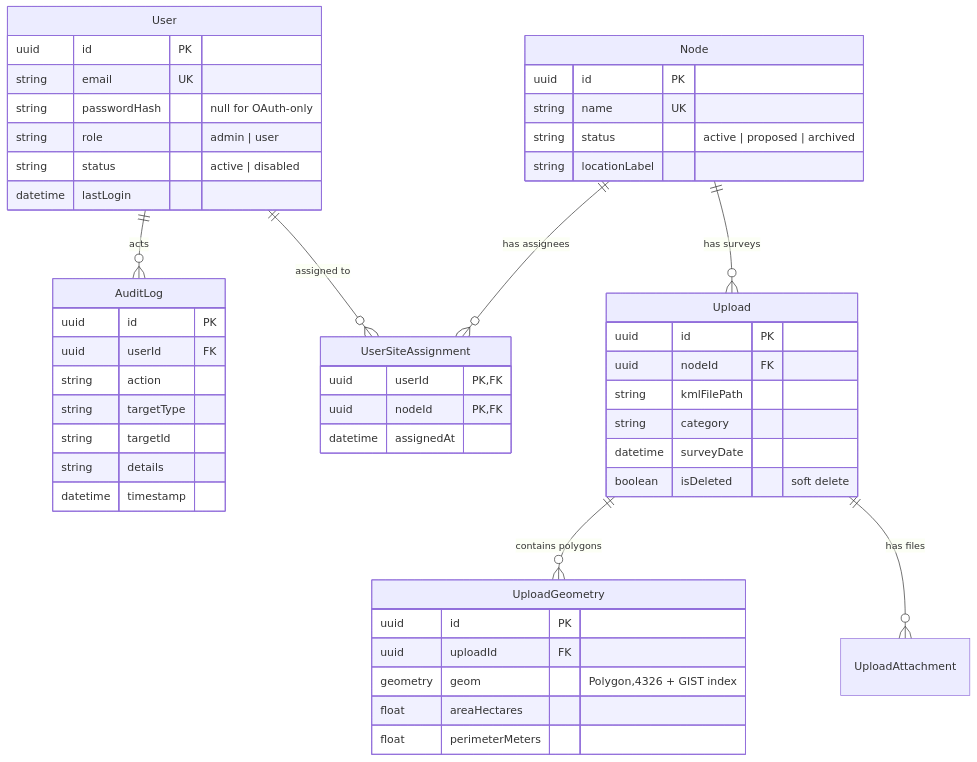
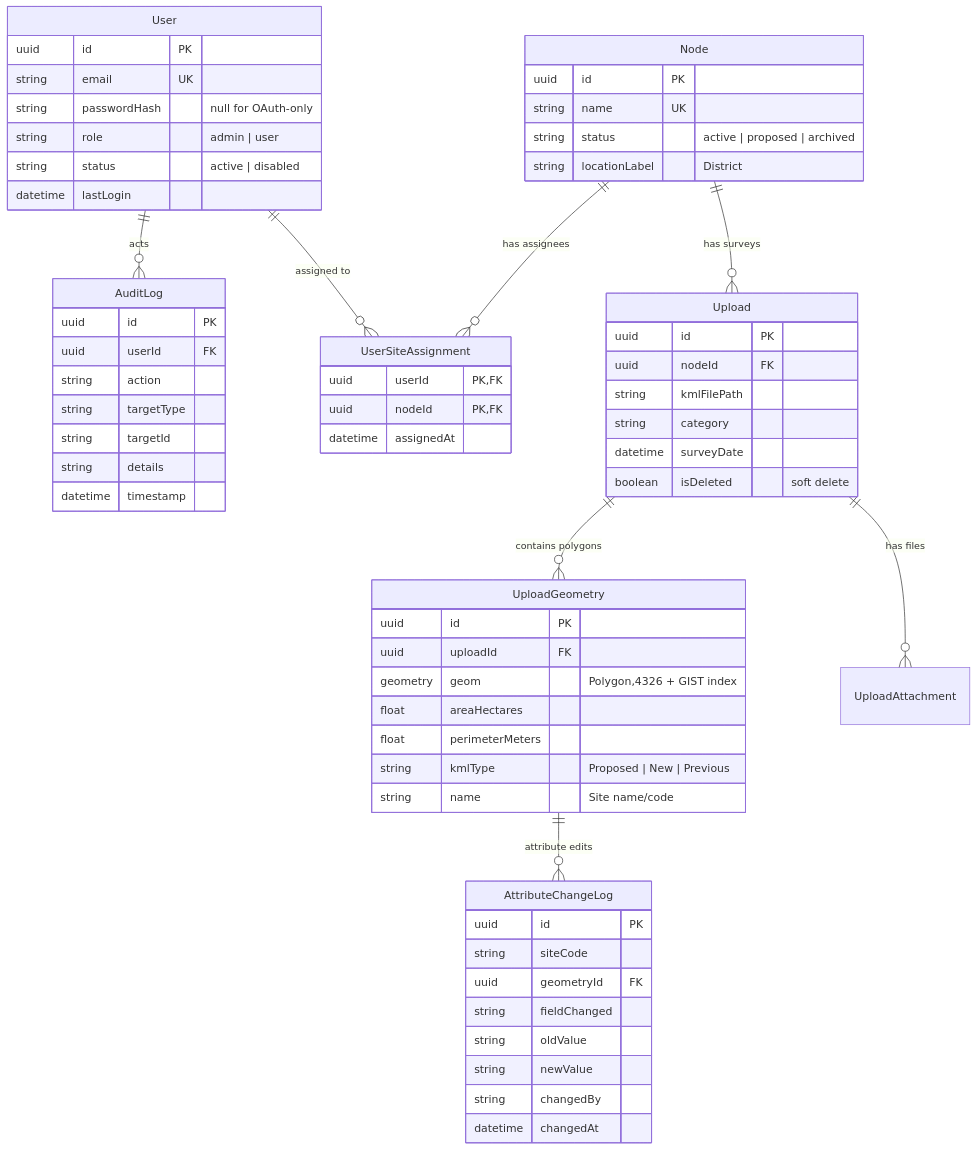
One commit to Anupamgt/minearchive changed the fourth of 6 diagrams in docs/system-design.md. Above: the diagram before and after it, drawn with Mermaid. The commit also changed other lines of this file and 21 other files, not shown here.

First line of the commit message:
feat: GIS attribute table, activity log, and KML download

````diff
--- a/docs/system-design.md
+++ b/docs/system-design.md
@@ -156,53 +156,66 @@
 ```mermaid
 erDiagram
     User ||--o{ AuditLog : "acts"
     User ||--o{ UserSiteAssignment : "assigned to"
     Node ||--o{ UserSiteAssignment : "has assignees"
     Node ||--o{ Upload : "has surveys"
     Upload ||--o{ UploadGeometry : "contains polygons"
     Upload ||--o{ UploadAttachment : "has files"
+    UploadGeometry ||--o{ AttributeChangeLog : "attribute edits"
 
     User {
         uuid id PK
         string email UK
         string passwordHash "null for OAuth-only"
         string role "admin | user"
         string status "active | disabled"
         datetime lastLogin
     }
     Node {
         uuid id PK
         string name UK
         string status "active | proposed | archived"
-        string locationLabel
+        string locationLabel "District"
     }
     Upload {
         uuid id PK
         uuid nodeId FK
         string kmlFilePath
         string category
         datetime surveyDate
         boolean isDeleted "soft delete"
     }
     UploadGeometry {
         uuid id PK
         uuid uploadId FK
         geometry geom "Polygon,4326 + GIST index"
         float areaHectares
         float perimeterMeters
+        string kmlType "Proposed | New | Previous"
+        string name "Site name/code"
+    }
+    AttributeChangeLog {
+        uuid id PK
+        string siteCode
+        uuid geometryId FK
+        string fieldChanged
+        string oldValue
+        string newValue
+        string changedBy
+        datetime changedAt
     }
     AuditLog {
         uuid id PK
         uuid userId FK
         string action
         string targetType
         string targetId
         string details
         datetime timestamp
     }
     UserSiteAssignment {
         uuid userId PK,FK
         uuid nodeId PK,FK
         datetime assignedAt
     }
 ```
````
